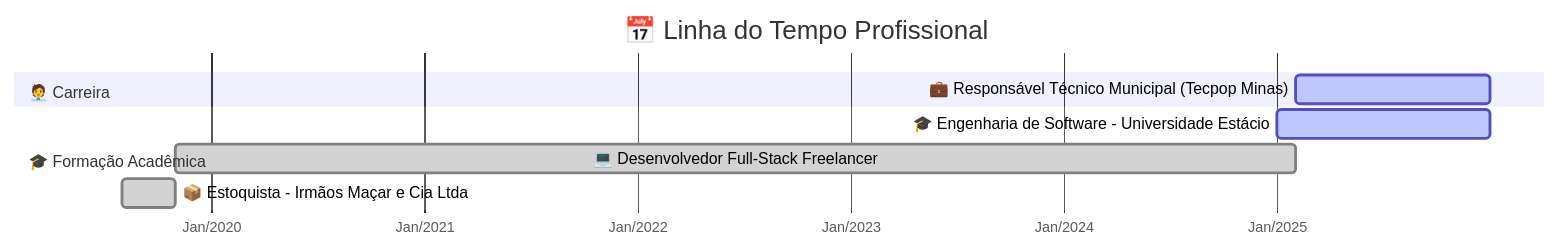
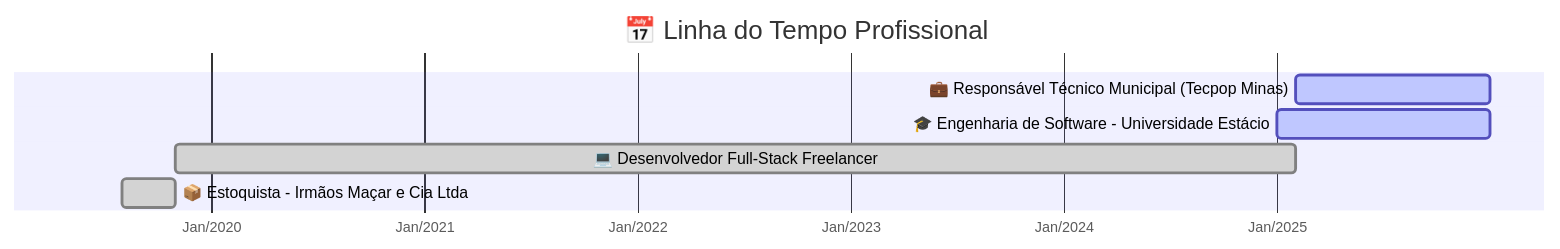
The second of 4 diagrams in README.md (AlesonPungirum/AlesonPungirum), drawn with Mermaid before and after one commit.

````diff
--- a/README.md
+++ b/README.md
@@ -135,17 +135,14 @@
 ```mermaid
 gantt
     title 📅 Linha do Tempo Profissional
     dateFormat  YYYY-MM-DD
     axisFormat  %b/%Y
-
-    section 🧑‍💼 Carreira
     💼 Responsável Técnico Municipal (Tecpop Minas)     :active, 2025-02-01, 2025-12-31
-    section 🎓 Formação Acadêmica
     🎓 Engenharia de Software - Universidade Estácio     :active, 2025-01-01, 2025-12-31
     💻 Desenvolvedor Full-Stack Freelancer              :done, 2019-11-01, 2025-02-01
     📦 Estoquista - Irmãos Maçar e Cia Ltda             :done, 2019-08-01, 2019-10-31
 
 
 
 
 ```
````
